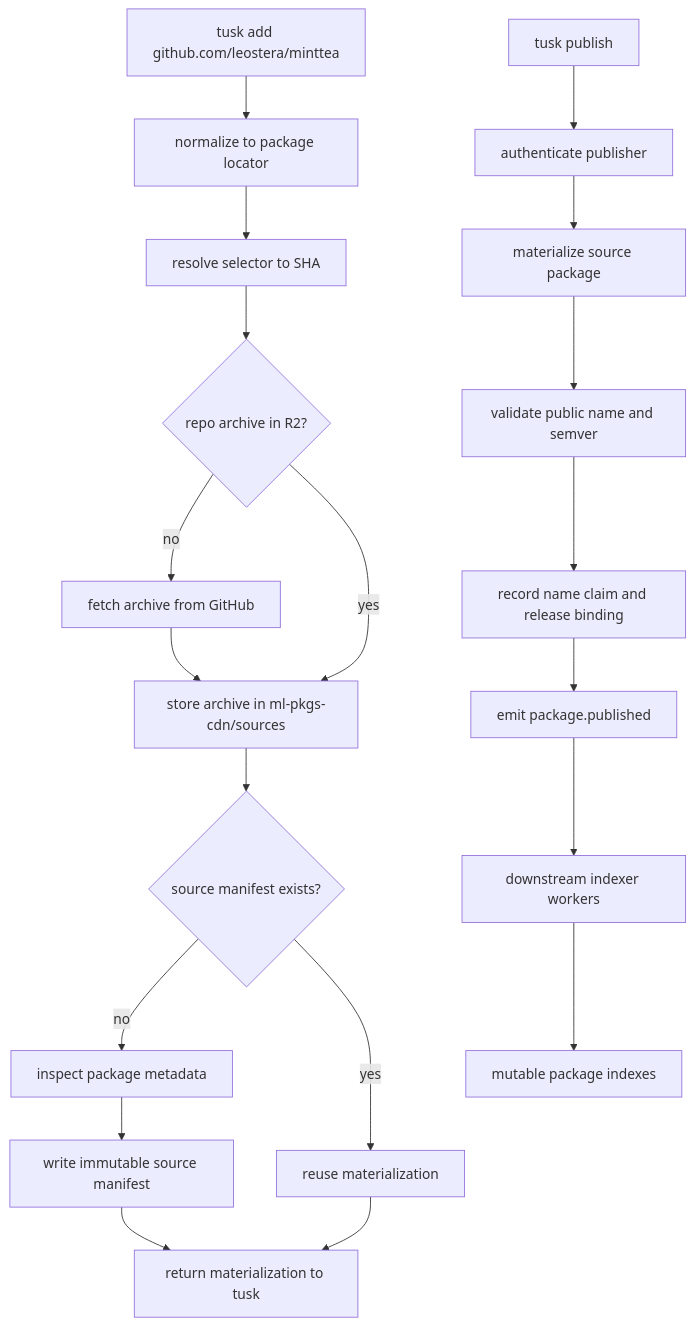
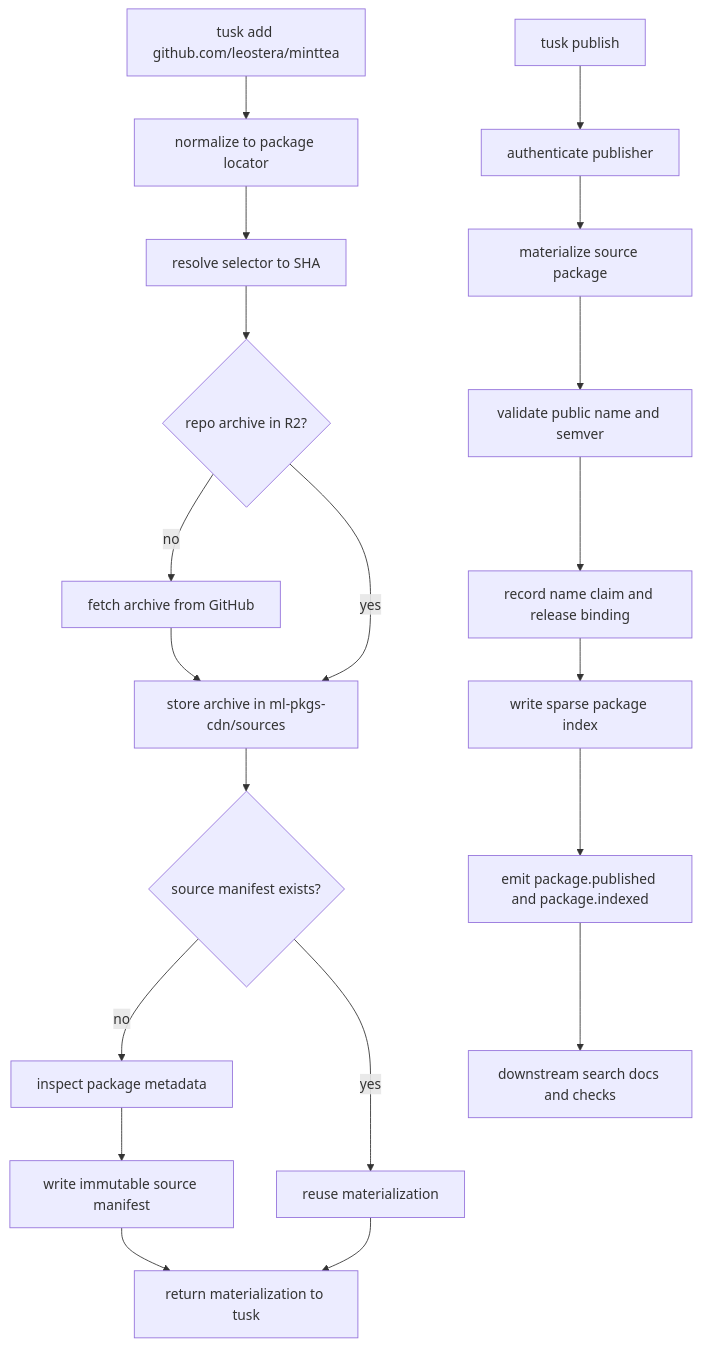
The diagram in docs/rfds/RFD0022-riot-package-registry.md (leostera/riot-lang), drawn with Mermaid before and after one commit. The commit also changed other lines of this file and 19 other files, not shown here.

````diff
--- a/docs/rfds/RFD0022-riot-package-registry.md
+++ b/docs/rfds/RFD0022-riot-package-registry.md
@@ -229,23 +231,23 @@
 ```mermaid
 flowchart TD
   A[tusk add github.com/leostera/minttea] --> B[normalize to package locator]
   B --> C[resolve selector to SHA]
   C --> D{repo archive in R2?}
   D -->|no| E[fetch archive from GitHub]
   E --> F[store archive in ml-pkgs-cdn/sources]
   D -->|yes| F
   F --> G{source manifest exists?}
   G -->|no| H[inspect package metadata]
   H --> I[write immutable source manifest]
   G -->|yes| J[reuse materialization]
   I --> K[return materialization to tusk]
   J --> K
 
   L[tusk publish] --> M[authenticate publisher]
   M --> N[materialize source package]
   N --> O[validate public name and semver]
   O --> P[record name claim and release binding]
-  P --> Q[emit package.published]
-  Q --> R[downstream indexer workers]
-  R --> S[mutable package indexes]
+  P --> Q[write sparse package index]
+  Q --> R[emit package.published and package.indexed]
+  R --> S[downstream search docs and checks]
 ```
````
